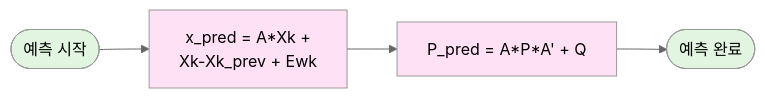
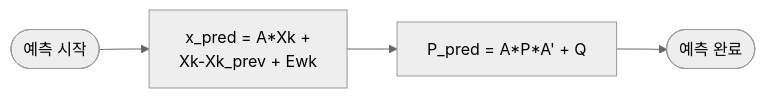
One commit to Yongseok1221/Kalman_Filter_ToA changed the fourth of 7 diagrams in README.md. Above: the diagram before and after it, drawn with Mermaid (neutral theme). The commit also changed other lines of this file, not shown here.

````diff
--- a/README.md
+++ b/README.md
@@ -100,11 +90,7 @@
 ```mermaid
 flowchart LR
     PredStart([예측 시작]) --> CalcXpred[x_pred = A*Xk +<br/>Xk-Xk_prev + Ewk]
     CalcXpred --> CalcPpred[P_pred = A*P*A' + Q]
     CalcPpred --> PredEnd([예측 완료])
-    
-    style PredStart fill:#e1f5e1
-    style PredEnd fill:#e1f5e1
-    style CalcXpred fill:#ffe1f5
-    style CalcPpred fill:#ffe1f5
+
 ```
````
